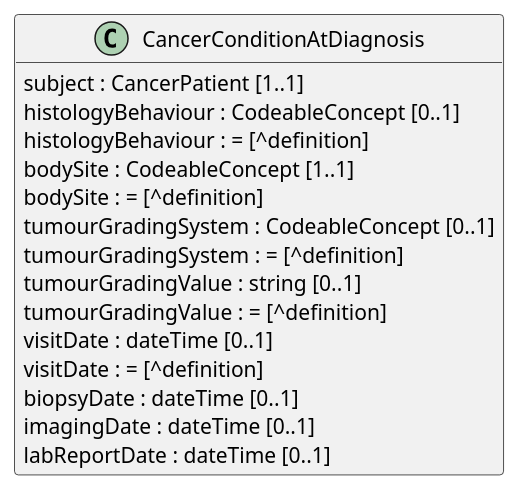
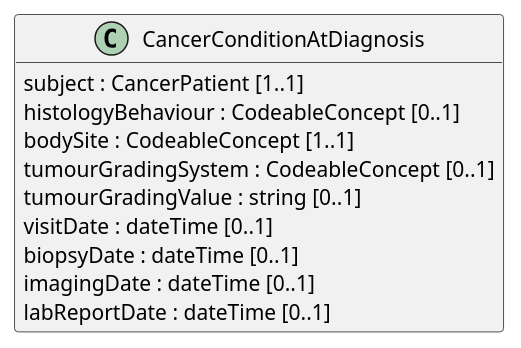
The diagram in input/images-source/CancerConditionAtDiagnosis_LM.plantuml (hl7-eu/cancer-common), drawn with PlantUML before and after one commit. The commit also changed 9 other files, not shown here.

Commit message:
cleaned up plantuml model diagrams

```diff
--- a/input/images-source/CancerConditionAtDiagnosis_LM.plantuml
+++ b/input/images-source/CancerConditionAtDiagnosis_LM.plantuml
@@ -1,22 +1,17 @@
 @startuml
 hide empty members
 skinparam classAttributeIconSize 0
 
 class CancerConditionAtDiagnosis {
   subject : CancerPatient [1..1]
   histologyBehaviour : CodeableConcept [0..1]
-  histologyBehaviour : = [^definition]
   bodySite : CodeableConcept [1..1]
-  bodySite : = [^definition]
   tumourGradingSystem : CodeableConcept [0..1]
-  tumourGradingSystem : = [^definition]
   tumourGradingValue : string [0..1]
-  tumourGradingValue : = [^definition]
   visitDate : dateTime [0..1]
-  visitDate : = [^definition]
   biopsyDate : dateTime [0..1]
   imagingDate : dateTime [0..1]
   labReportDate : dateTime [0..1]
 }
 
 @enduml
```
